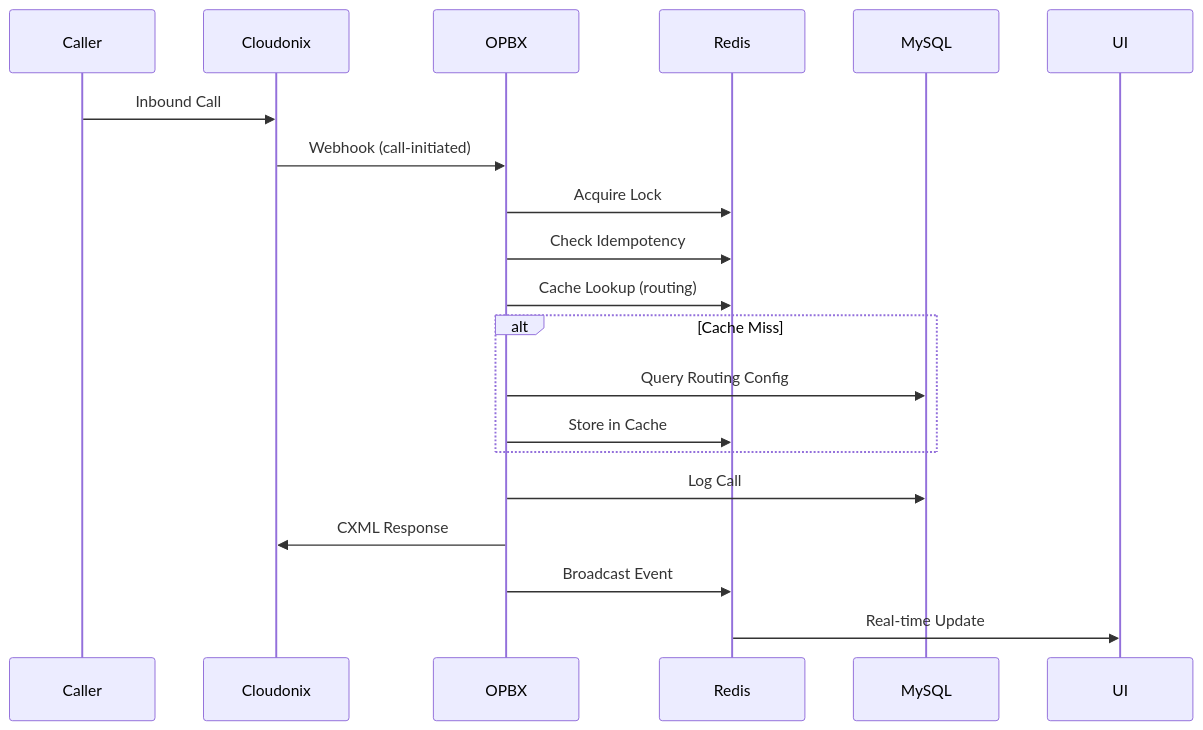
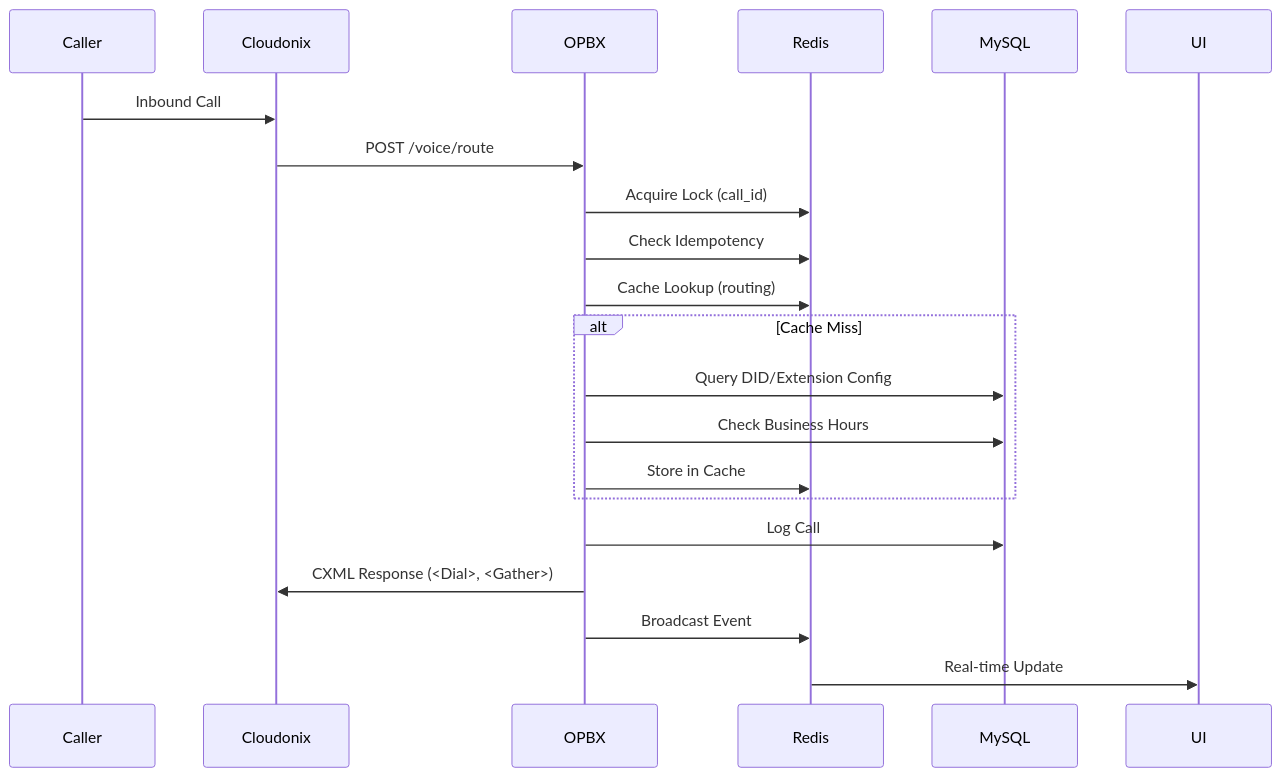
The second of 3 diagrams in README.md (greenfieldtech-nirs/opbx), drawn with Mermaid before and after one commit. The commit also changed other lines of this file, not shown here.

````diff
--- a/README.md
+++ b/README.md
@@ -113,23 +133,24 @@
 ```mermaid
 sequenceDiagram
     participant Caller
     participant Cloudonix
     participant OPBX
     participant Redis
     participant MySQL
     participant UI
 
     Caller->>Cloudonix: Inbound Call
-    Cloudonix->>OPBX: Webhook (call-initiated)
-    OPBX->>Redis: Acquire Lock
+    Cloudonix->>OPBX: POST /voice/route
+    OPBX->>Redis: Acquire Lock (call_id)
     OPBX->>Redis: Check Idempotency
     OPBX->>Redis: Cache Lookup (routing)
     alt Cache Miss
-        OPBX->>MySQL: Query Routing Config
+        OPBX->>MySQL: Query DID/Extension Config
+        OPBX->>MySQL: Check Business Hours
         OPBX->>Redis: Store in Cache
     end
     OPBX->>MySQL: Log Call
-    OPBX->>Cloudonix: CXML Response
+    OPBX->>Cloudonix: CXML Response (<Dial>, <Gather>)
     OPBX->>Redis: Broadcast Event
     Redis->>UI: Real-time Update
 ```
````
